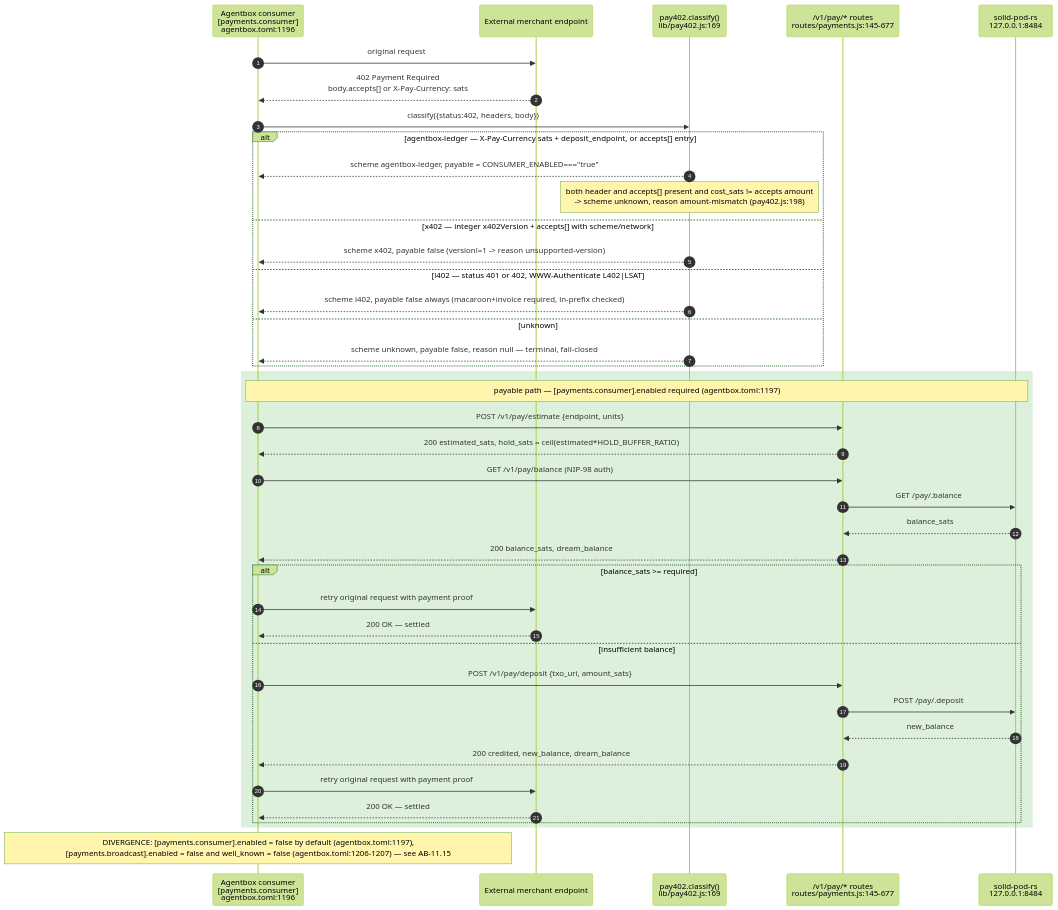
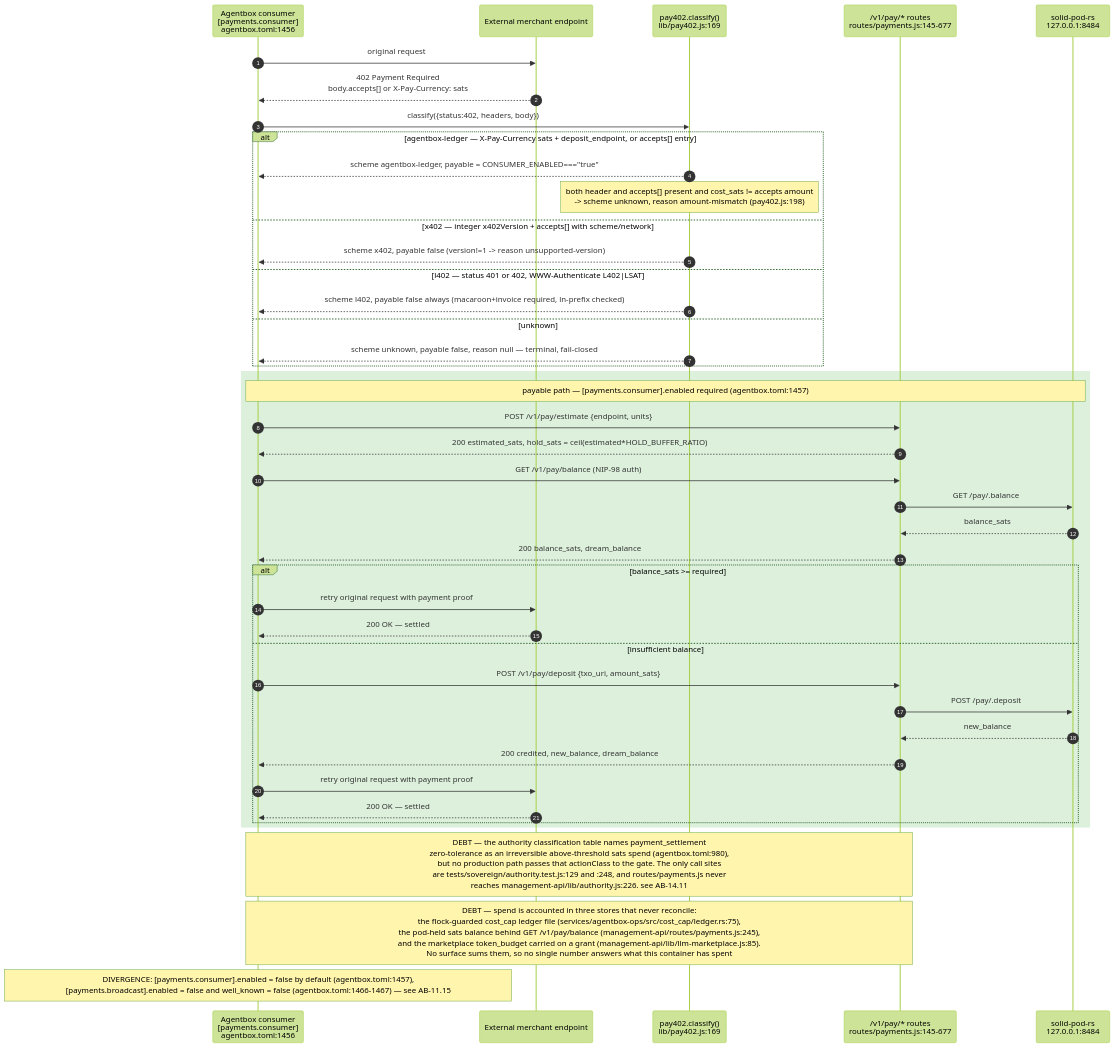
One commit to DreamLab-AI/VisionFlow changed the sixth of 14 diagrams in docs/diagrams/agentbox/15-capability-gating-spend-consultants.md. Above: the diagram before and after it, drawn with Mermaid (forest theme). The commit also changed other lines of this file and 28 other files, not shown here.

````diff
--- a/docs/diagrams/agentbox/15-capability-gating-spend-consultants.md
+++ b/docs/diagrams/agentbox/15-capability-gating-spend-consultants.md
@@ -268,45 +270,47 @@
 ```mermaid
 sequenceDiagram
     autonumber
-    participant Agent as Agentbox consumer<br/>[payments.consumer]<br/>agentbox.toml:1196
+    participant Agent as Agentbox consumer<br/>[payments.consumer]<br/>agentbox.toml:1456
     participant Merchant as External merchant endpoint
     participant Classify as pay402.classify()<br/>lib/pay402.js:169
     participant Pay as /v1/pay/* routes<br/>routes/payments.js:145-677
     participant Pod as solid-pod-rs<br/>127.0.0.1:8484
 
     Agent->>Merchant: original request
     Merchant-->>Agent: 402 Payment Required<br/>body.accepts[] or X-Pay-Currency: sats
     Agent->>Classify: classify({status:402, headers, body})
     alt agentbox-ledger — X-Pay-Currency sats + deposit_endpoint, or accepts[] entry
         Classify-->>Agent: scheme agentbox-ledger, payable = CONSUMER_ENABLED==="true"
         Note over Classify: both header and accepts[] present and cost_sats != accepts amount<br/>-> scheme unknown, reason amount-mismatch (pay402.js:198)
     else x402 — integer x402Version + accepts[] with scheme/network
         Classify-->>Agent: scheme x402, payable false #40;version!=1 -> reason unsupported-version#41;
     else l402 — status 401 or 402, WWW-Authenticate L402#124;LSAT
         Classify-->>Agent: scheme l402, payable false always #40;macaroon+invoice required, ln-prefix checked#41;
     else unknown
         Classify-->>Agent: scheme unknown, payable false, reason null — terminal, fail-closed
     end
 
     rect rgb(220,240,220)
-    Note over Agent,Pod: payable path — [payments.consumer].enabled required (agentbox.toml:1197)
+    Note over Agent,Pod: payable path — [payments.consumer].enabled required (agentbox.toml:1457)
     Agent->>Pay: POST /v1/pay/estimate {endpoint, units}
     Pay-->>Agent: 200 estimated_sats, hold_sats = ceil(estimated*HOLD_BUFFER_RATIO)
     Agent->>Pay: GET /v1/pay/balance (NIP-98 auth)
     Pay->>Pod: GET /pay/.balance
     Pod-->>Pay: balance_sats
     Pay-->>Agent: 200 balance_sats, dream_balance
     alt balance_sats #62;#61; required
         Agent->>Merchant: retry original request with payment proof
         Merchant-->>Agent: 200 OK — settled
     else insufficient balance
         Agent->>Pay: POST /v1/pay/deposit {txo_uri, amount_sats}
         Pay->>Pod: POST /pay/.deposit
         Pod-->>Pay: new_balance
         Pay-->>Agent: 200 credited, new_balance, dream_balance
         Agent->>Merchant: retry original request with payment proof
         Merchant-->>Agent: 200 OK — settled
     end
     end
-    Note over Agent: DIVERGENCE: #91;payments.consumer#93;.enabled = false by default #40;agentbox.toml:1197#41;,<br/>#91;payments.broadcast#93;.enabled = false and well_known = false #40;agentbox.toml:1206-1207#41; — see AB-11.15
+    Note over Agent,Pay: DEBT — the authority classification table names payment_settlement<br/>zero-tolerance as an irreversible above-threshold sats spend (agentbox.toml:980),<br/>but no production path passes that actionClass to the gate. The only call sites<br/>are tests/sovereign/authority.test.js:129 and :248, and routes/payments.js never<br/>reaches management-api/lib/authority.js:226. see AB-14.11
+    Note over Agent,Pay: DEBT — spend is accounted in three stores that never reconcile:<br/>the flock-guarded cost_cap ledger file (services/agentbox-ops/src/cost_cap/ledger.rs:75),<br/>the pod-held sats balance behind GET /v1/pay/balance (management-api/routes/payments.js:245),<br/>and the marketplace token_budget carried on a grant (management-api/lib/llm-marketplace.js:85).<br/>No surface sums them, so no single number answers what this container has spent
+    Note over Agent: DIVERGENCE: #91;payments.consumer#93;.enabled = false by default #40;agentbox.toml:1457#41;,<br/>#91;payments.broadcast#93;.enabled = false and well_known = false #40;agentbox.toml:1466-1467#41; — see AB-11.15
 ```
````
